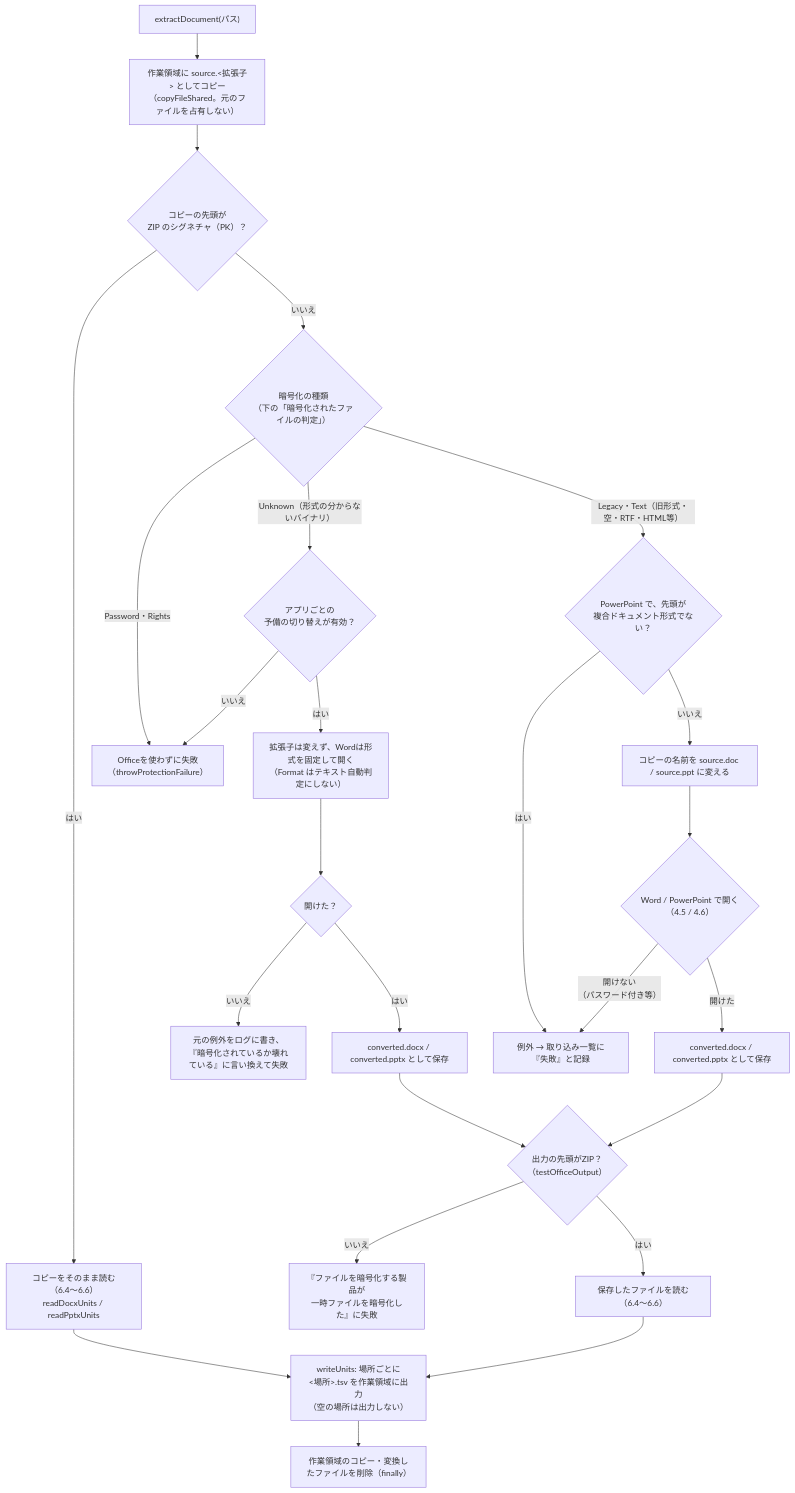
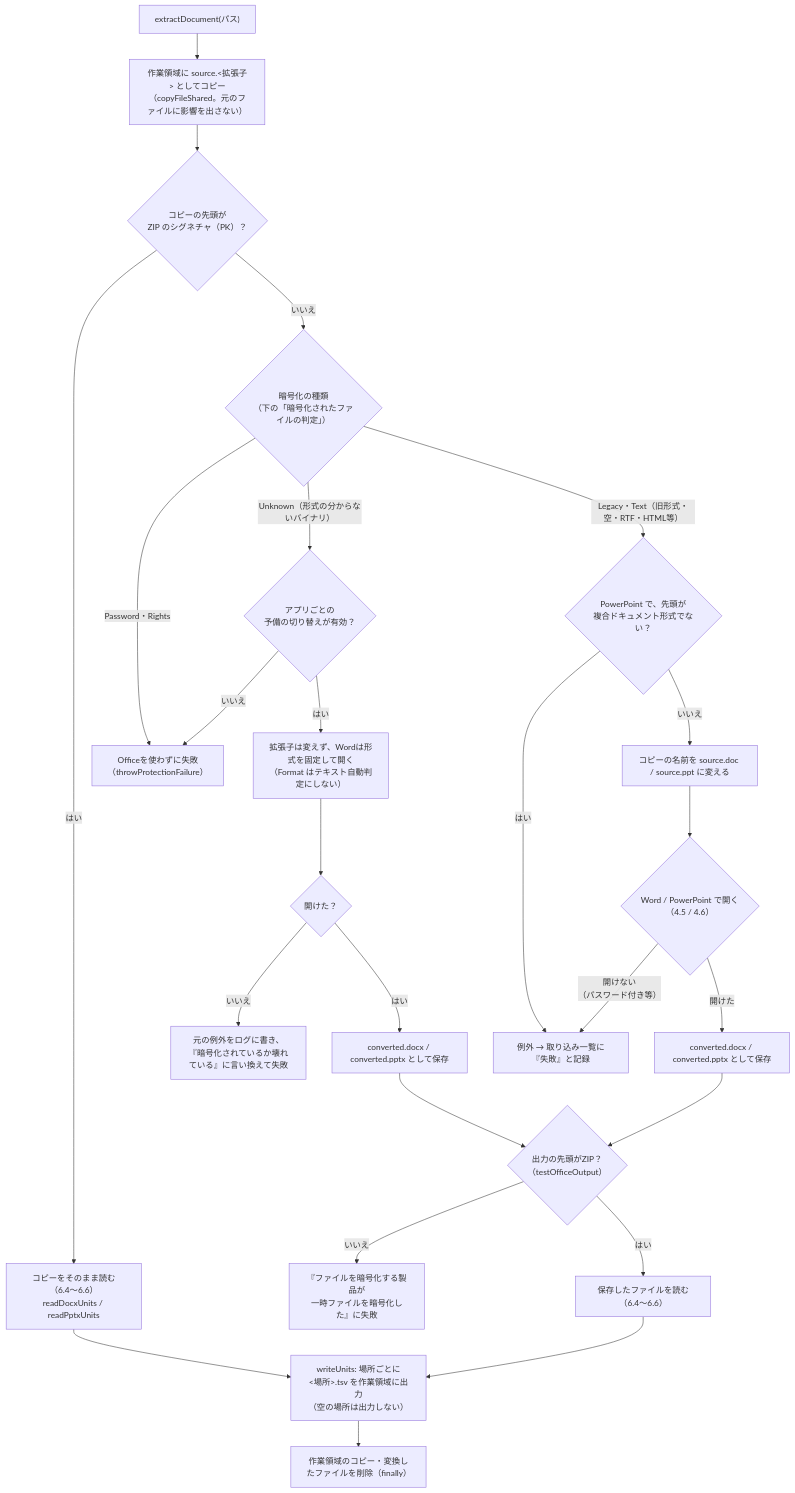
One commit to hsgwa/tebunko changed the first of 2 diagrams in docs/design/indexing/office-apps.md. Above: the diagram before and after it, drawn with Mermaid. The commit also changed other lines of this file and 10 other files, not shown here.

````diff
--- a/docs/design/indexing/office-apps.md
+++ b/docs/design/indexing/office-apps.md
@@ -11,25 +11,25 @@
 ```mermaid
 flowchart TD
-    A["extractDocument(パス)"] --> CP["作業領域に source.#lt;拡張子#gt; としてコピー<br>（copyFileShared。元のファイルを占有しない）"]
+    A["extractDocument(パス)"] --> CP["作業領域に source.#lt;拡張子#gt; としてコピー<br>（copyFileShared。元のファイルに影響を出さない）"]
     CP --> Z{"コピーの先頭が<br>ZIP のシグネチャ（PK）？"}
     Z -- はい --> R["コピーをそのまま読む（6.4〜6.6）<br>readDocxUnits / readPptxUnits"]
     Z -- いいえ --> K{"暗号化の種類<br>（下の「暗号化されたファイルの判定」）"}
     K -- "Password・Rights" --> ERR2["Officeを使わずに失敗<br>（throwProtectionFailure）"]
     K -- "Unknown（形式の分からないバイナリ）" --> FB{"アプリごとの<br>予備の切り替えが有効？"}
     FB -- いいえ --> ERR2
     FB -- はい --> C2["拡張子は変えず、Wordは形式を固定して開く<br>（Format はテキスト自動判定にしない）"]
     C2 --> O2{"開けた？"}
     O2 -- いいえ --> ERR3["元の例外をログに書き、<br>『暗号化されているか壊れている』に言い換えて失敗"]
     O2 -- はい --> S2["converted.docx / converted.pptx として保存"]
     K -- "Legacy・Text（旧形式・空・RTF・HTML等）" --> PC{"PowerPoint で、先頭が<br>複合ドキュメント形式でない？"}
     PC -- はい --> ERR
     PC -- いいえ --> C["コピーの名前を source.doc / source.ppt に変える"]
     C --> O{"Word / PowerPoint で開く<br>（4.5 / 4.6）"}
     O -- "開けない<br>（パスワード付き等）" --> ERR["例外 → 取り込み一覧に『失敗』と記録"]
     O -- 開けた --> S["converted.docx / converted.pptx として保存"]
     S & S2 --> OC{"出力の先頭がZIP？<br>（testOfficeOutput）"}
     OC -- いいえ --> ERR4["『ファイルを暗号化する製品が<br>一時ファイルを暗号化した』に失敗"]
     OC -- はい --> R2["保存したファイルを読む（6.4〜6.6）"]
     R & R2 --> W["writeUnits: 場所ごとに<br>#lt;場所#gt;.tsv を作業領域に出力<br>（空の場所は出力しない）"]
     W --> D["作業領域のコピー・変換したファイルを削除（finally）"]
 ```
````
